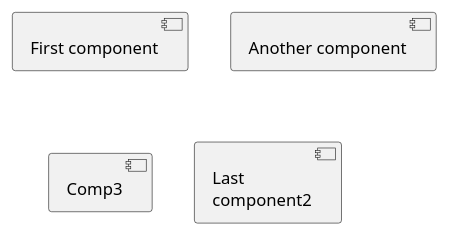
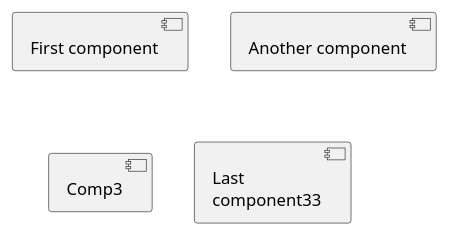
One commit to michalrzak/auditory-intention-decoding changed the diagram in diagrams/plantuml/test.pu. Above: the diagram before and after it, drawn with PlantUML.

Commit message:
small change to the test diagram

```diff
--- a/diagrams/plantuml/test.pu
+++ b/diagrams/plantuml/test.pu
@@ -1,8 +1,8 @@
 @startuml
 
 [First component]
 [Another component] as Comp2  
 component Comp3
-component [Last\ncomponent2] as Comp4
+component [Last\ncomponent33] as Comp4
 
 @enduml
```
